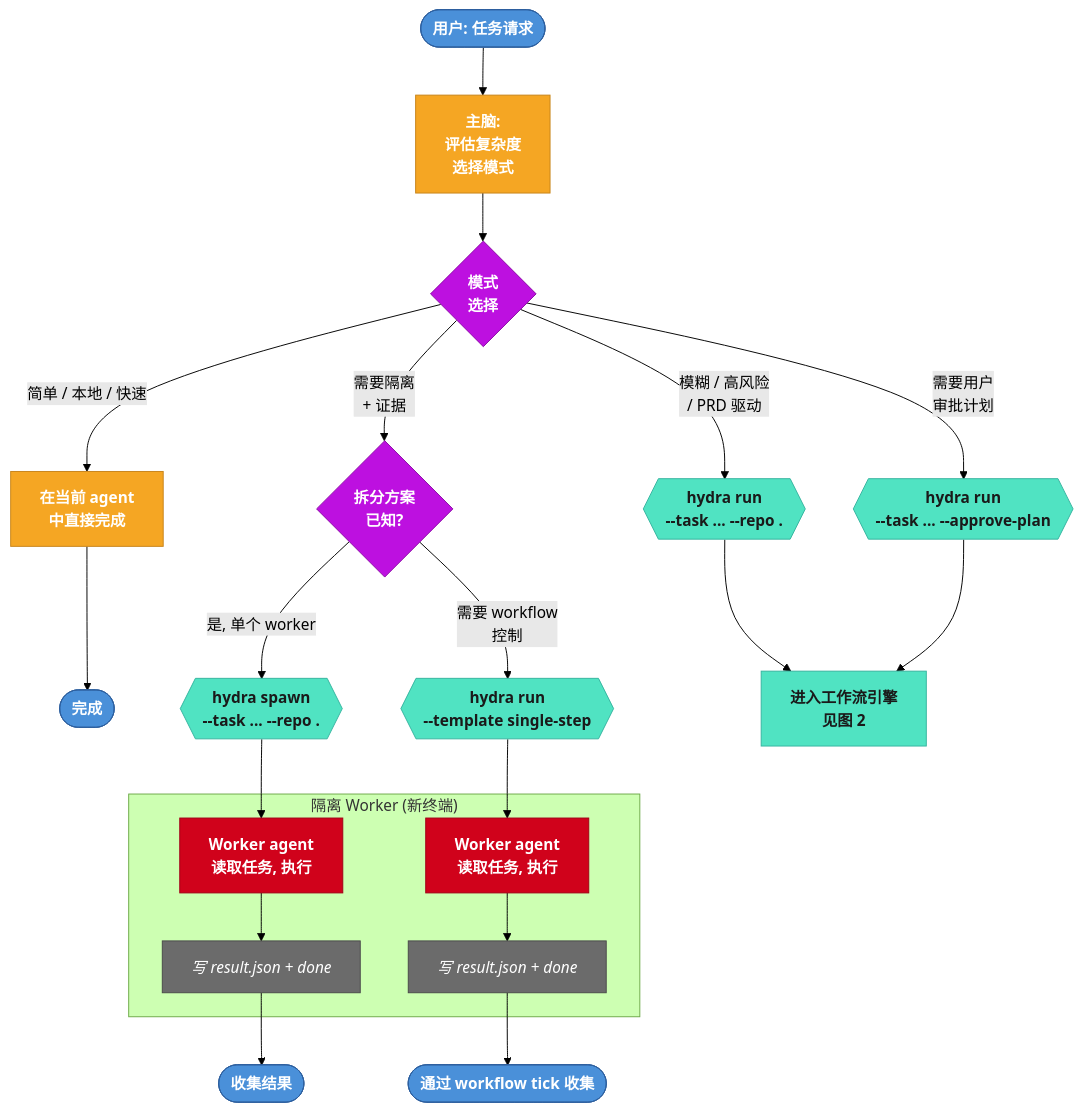
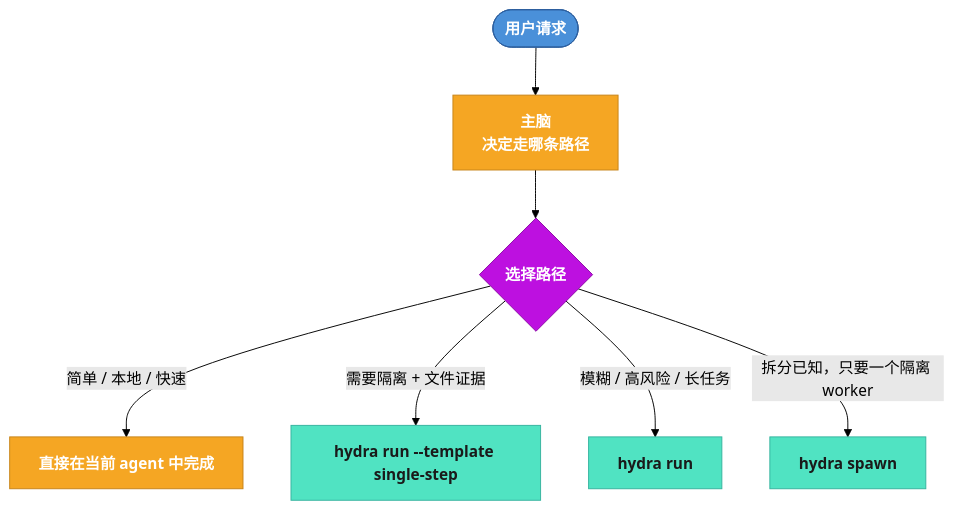
One commit to blueberrycongee/termcanvas changed the first of 4 diagrams in docs/hydra-panorama-flow-zh.md. Above: the diagram before and after it, drawn with Mermaid (forest theme). The commit also changed other lines of this file and 9 other files, not shown here.

Commit message:
docs(hydra): align guides with assignment run semantics

````diff
--- a/docs/hydra-panorama-flow-zh.md
+++ b/docs/hydra-panorama-flow-zh.md
@@ -5,58 +5,14 @@
 ```mermaid
 flowchart TD
     classDef user fill:#4a90d9,stroke:#2c5f9e,color:#fff,font-weight:bold
     classDef brain fill:#f5a623,stroke:#c7841a,color:#fff,font-weight:bold
     classDef hydra fill:#50e3c2,stroke:#36b49f,color:#1a1a1a,font-weight:bold
     classDef decision fill:#bd10e0,stroke:#8b0ca6,color:#fff,font-weight:bold
-    classDef terminal fill:#d0021b,stroke:#a00116,color:#fff,font-weight:bold
-    classDef file fill:#6b6b6b,stroke:#4a4a4a,color:#fff,font-style:italic
-    classDef state fill:#f8e71c,stroke:#c5b800,color:#1a1a1a,font-weight:bold
 
-    USER([用户: 任务请求]):::user
-    USER --> BRAIN
-
-    BRAIN[主脑:\n评估复杂度\n选择模式]:::brain
-    BRAIN --> MODE
-
-    MODE{模式\n选择}:::decision
-
-    MODE -- "简单 / 本地 / 快速" --> DIRECT
-    MODE -- "需要隔离\n+ 证据" --> SPAWN_OR_SINGLE
-    MODE -- "模糊 / 高风险\n/ PRD 驱动" --> WORKFLOW
-    MODE -- "需要用户\n审批计划" --> WORKFLOW_APPROVE
-
-    %% ── 模式 0: 直接执行 ──
-    DIRECT[在当前 agent\n中直接完成]:::brain
-    DIRECT --> DONE_DIRECT([完成]):::user
-
-    %% ── 模式 1: Spawn / 单步 ──
-    SPAWN_OR_SINGLE{拆分方案\n已知?}:::decision
-    SPAWN_OR_SINGLE -- "是, 单个 worker" --> SPAWN
-    SPAWN_OR_SINGLE -- "需要 workflow\n控制" --> SINGLE
-
-    SPAWN{{hydra spawn\n--task ... --repo .}}:::hydra
-    SPAWN --> WORKER_SPAWN
-
-    SINGLE{{hydra run\n--template single-step}}:::hydra
-    SINGLE --> WORKER_SINGLE
-
-    subgraph ISOLATED_WORKER ["隔离 Worker (新终端)"]
-        WORKER_SPAWN[Worker agent\n读取任务, 执行]:::terminal
-        WORKER_SINGLE[Worker agent\n读取任务, 执行]:::terminal
-        WORKER_SPAWN --> CONTRACT_S[写 result.json + done]:::file
-        WORKER_SINGLE --> CONTRACT_SS[写 result.json + done]:::file
-    end
-
-    CONTRACT_S --> DONE_SPAWN([收集结果]):::user
-    CONTRACT_SS --> DONE_SS([通过 workflow tick 收集]):::user
-
-    %% ── 模式 2: 完整三阶段工作流 ──
-    WORKFLOW{{hydra run\n--task ... --repo .}}:::hydra
-    WORKFLOW --> WF_ENGINE
-
-    %% ── 模式 3: 需审批的工作流 ──
-    WORKFLOW_APPROVE{{hydra run\n--task ... --approve-plan}}:::hydra
-    WORKFLOW_APPROVE --> WF_ENGINE
-
-    WF_ENGINE[进入工作流引擎\n见图 2]:::hydra
+    USER([用户请求]):::user --> BRAIN["主脑<br/>决定走哪条路径"]:::brain
+    BRAIN --> MODE{选择路径}:::decision
+    MODE -- "简单 / 本地 / 快速" --> DIRECT["直接在当前 agent 中完成"]:::brain
+    MODE -- "需要隔离 + 文件证据" --> SINGLE["hydra run --template single-step"]:::hydra
+    MODE -- "模糊 / 高风险 / 长任务" --> WF["hydra run"]:::hydra
+    MODE -- "拆分已知，只要一个隔离 worker" --> SPAWN["hydra spawn"]:::hydra
 ```
````
